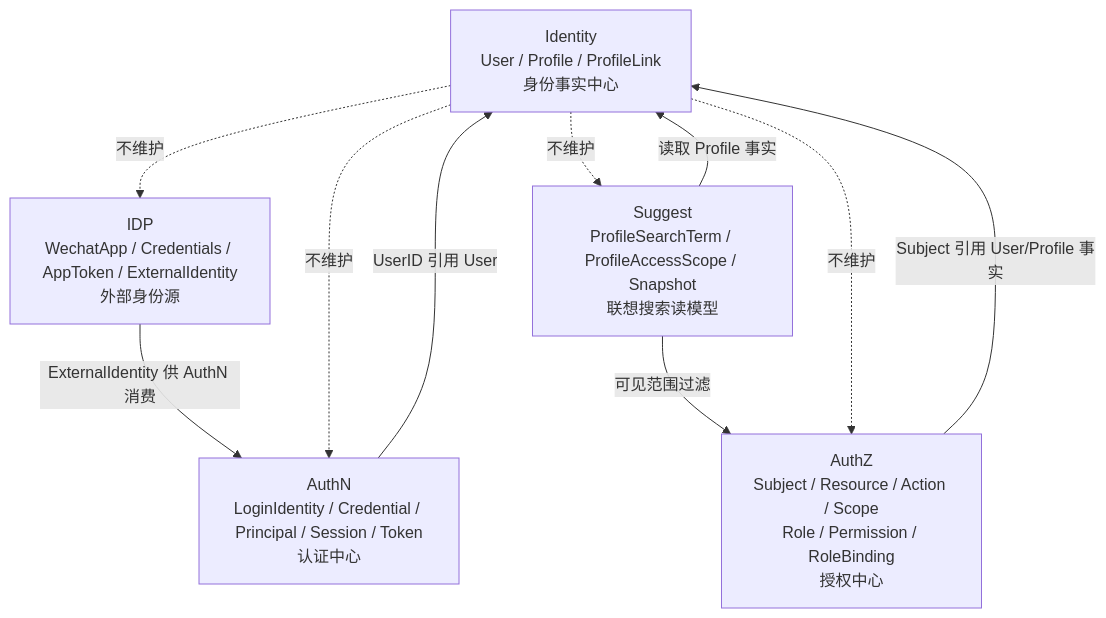
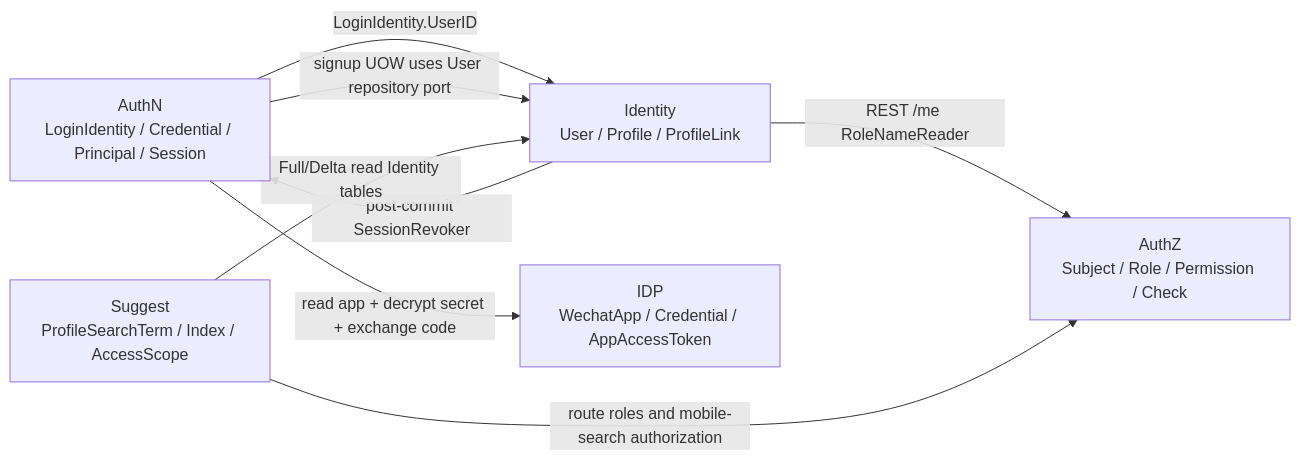
Before and after one commit to FangcunMount/iam: the diagram in docs/02-业务模块/01-Identity/04-模块边界-Identity与AuthN-AuthZ-Suggest.md, drawn with Mermaid. The commit also changed other lines of this file and 7 other files, not shown here.

````diff
--- a/docs/02-业务模块/01-Identity/04-模块边界-Identity与AuthN-AuthZ-Suggest.md
+++ b/docs/02-业务模块/01-Identity/04-模块边界-Identity与AuthN-AuthZ-Suggest.md
@@ -63,20 +74,18 @@
 ```mermaid
-flowchart TD
-    Identity["Identity\nUser / Profile / ProfileLink\n身份事实中心"]
+flowchart LR
+    AUTHN["AuthN\nLoginIdentity / Credential / Principal / Session"]
+    IDENTITY["Identity\nUser / Profile / ProfileLink"]
+    AUTHZ["AuthZ\nSubject / Role / Permission / Check"]
+    IDP["IDP\nWechatApp / Credential / AppAccessToken"]
+    SUGGEST["Suggest\nProfileSearchTerm / Index / AccessScope"]
 
-    AuthN["AuthN\nLoginIdentity / Credential / Principal / Session / Token\n认证中心"]
-    AuthZ["AuthZ\nSubject / Resource / Action / Scope\nRole / Permission / RoleBinding\n授权中心"]
-    IDP["IDP\nWechatApp / Credentials / AppToken / ExternalIdentity\n外部身份源"]
-    Suggest["Suggest\nProfileSearchTerm / ProfileAccessScope / Snapshot\n联想搜索读模型"]
+    AUTHN -->|"LoginIdentity.UserID"| IDENTITY
+    AUTHN -->|"signup UOW uses User repository port"| IDENTITY
+    IDENTITY -->|"post-commit SessionRevoker"| AUTHN
 
-    AuthN -->|UserID 引用 User| Identity
-    AuthZ -->|Subject 引用 User/Profile 事实| Identity
-    IDP -->|ExternalIdentity 供 AuthN 消费| AuthN
-    Suggest -->|读取 Profile 事实| Identity
-    Suggest -->|可见范围过滤| AuthZ
+    IDENTITY -->|"REST /me RoleNameReader"| AUTHZ
+    SUGGEST -->|"route roles and mobile-search authorization"| AUTHZ
 
-    Identity -.不维护.-> AuthN
-    Identity -.不维护.-> AuthZ
-    Identity -.不维护.-> IDP
-    Identity -.不维护.-> Suggest
+    AUTHN -->|"read app + decrypt secret + exchange code"| IDP
+    SUGGEST -->|"Full/Delta read Identity tables"| IDENTITY
 ```
````
